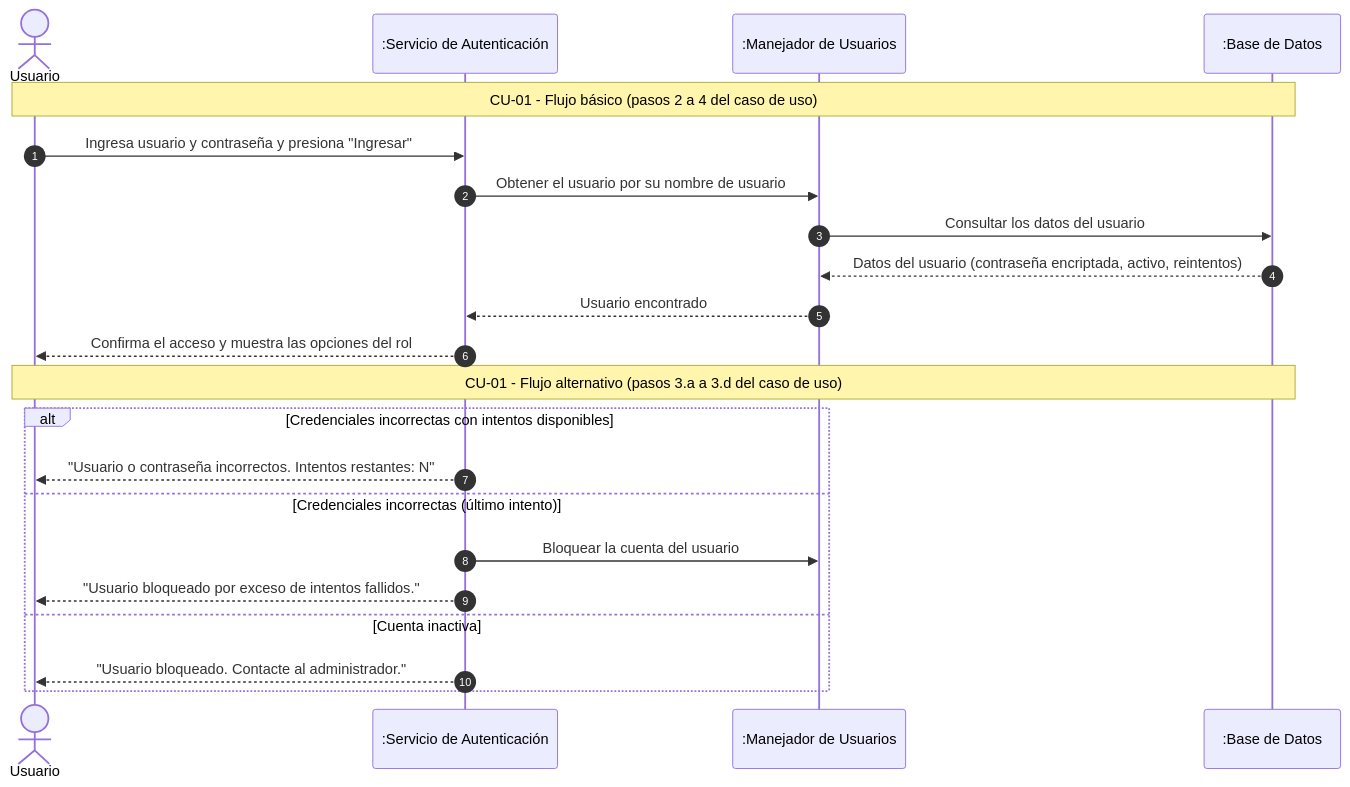
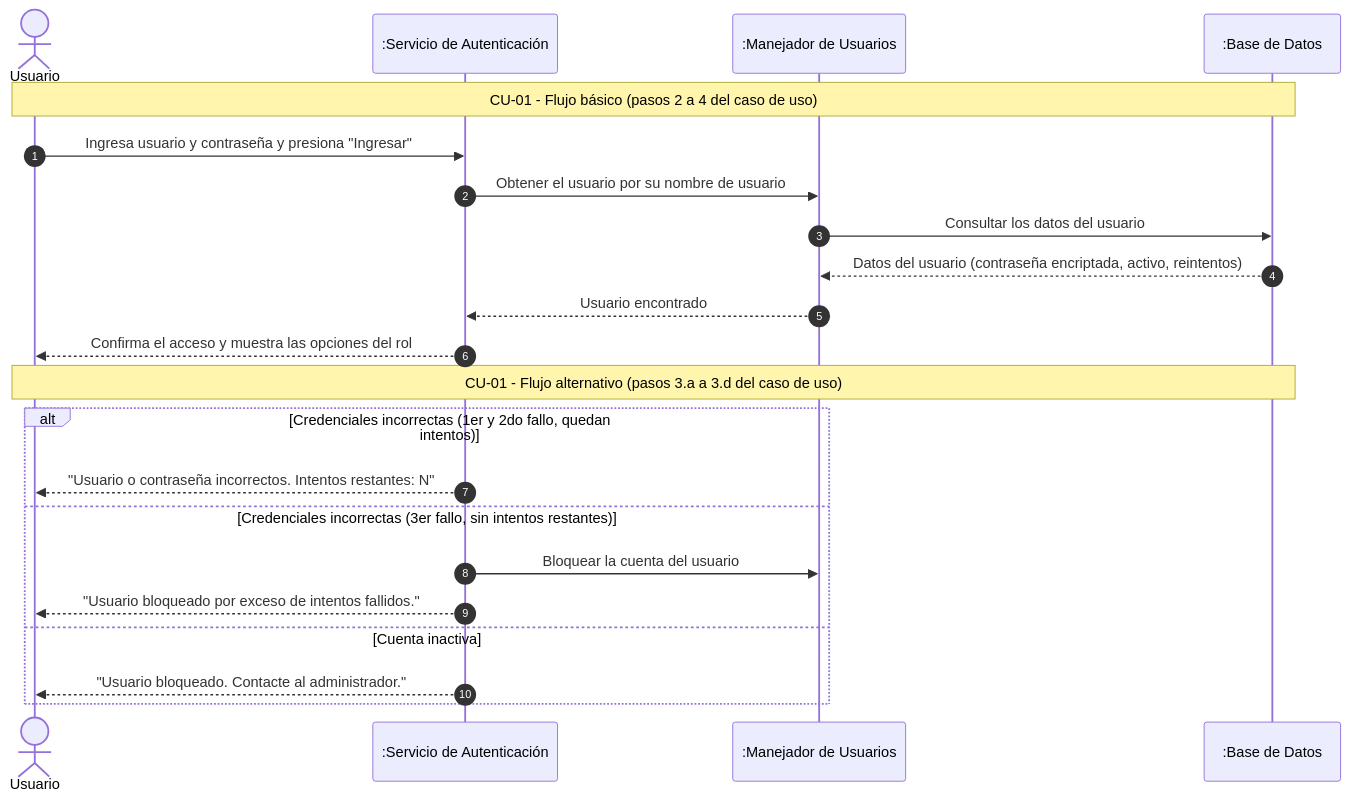
One commit to DarioZubaray/Proyecto-Final changed the diagram in docs/mermaid-live/6.1.8.secuencia-login.mmd. Above: the diagram before and after it, drawn with Mermaid. The commit also changed 4 other files, not shown here.

Commit message:
update login: sequence diagrams

```diff
--- a/docs/mermaid-live/6.1.8.secuencia-login.mmd
+++ b/docs/mermaid-live/6.1.8.secuencia-login.mmd
@@ -1,24 +1,24 @@
 sequenceDiagram
     autonumber
     actor Usuario
     participant AUT as :Servicio de Autenticación
     participant UST as :Manejador de Usuarios
     participant BD as :Base de Datos
 
     Note over Usuario,BD: CU-01 - Flujo básico (pasos 2 a 4 del caso de uso)
     Usuario->>AUT: Ingresa usuario y contraseña y presiona "Ingresar"
     AUT->>UST: Obtener el usuario por su nombre de usuario
     UST->>BD: Consultar los datos del usuario
     BD-->>UST: Datos del usuario (contraseña encriptada, activo, reintentos)
     UST-->>AUT: Usuario encontrado
     AUT-->>Usuario: Confirma el acceso y muestra las opciones del rol
 
     Note over Usuario,BD: CU-01 - Flujo alternativo (pasos 3.a a 3.d del caso de uso)
-    alt Credenciales incorrectas con intentos disponibles
+    alt Credenciales incorrectas (1er y 2do fallo, quedan intentos)
         AUT-->>Usuario: "Usuario o contraseña incorrectos. Intentos restantes: N"
-    else Credenciales incorrectas (último intento)
+    else Credenciales incorrectas (3er fallo, sin intentos restantes)
         AUT->>UST: Bloquear la cuenta del usuario
         AUT-->>Usuario: "Usuario bloqueado por exceso de intentos fallidos."
     else Cuenta inactiva
         AUT-->>Usuario: "Usuario bloqueado. Contacte al administrador."
     end
```
